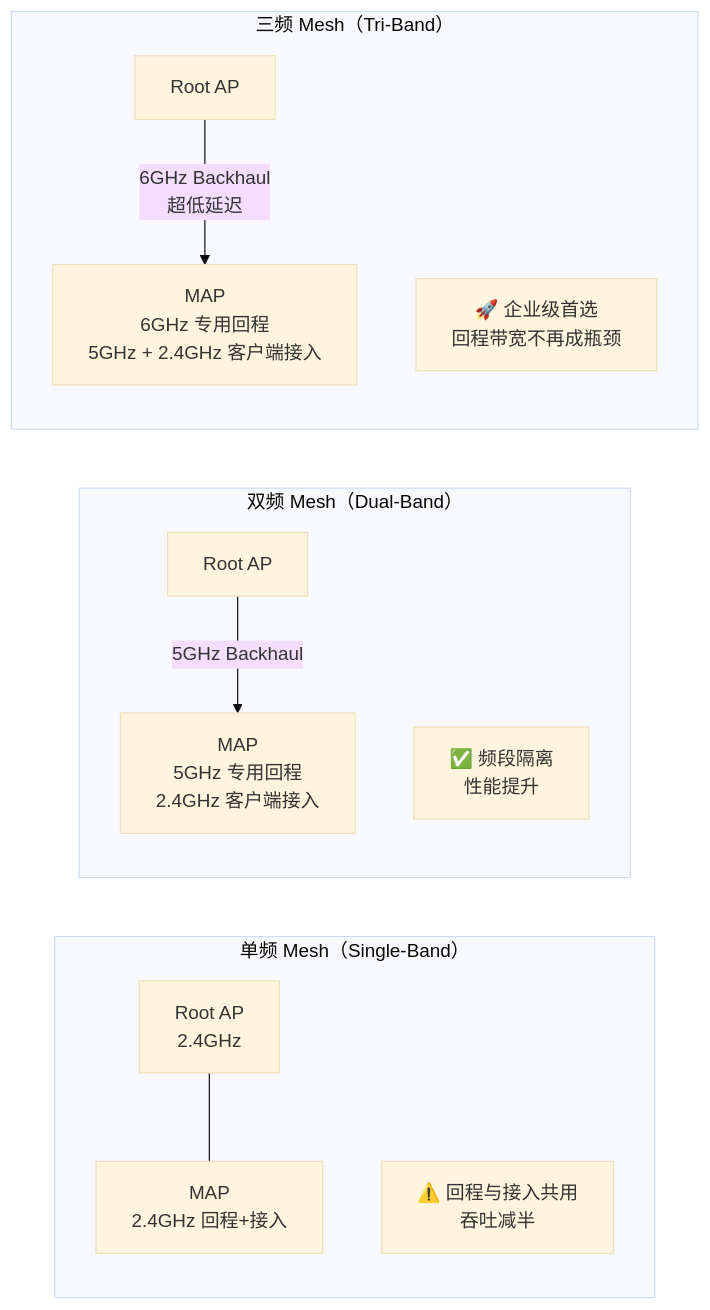
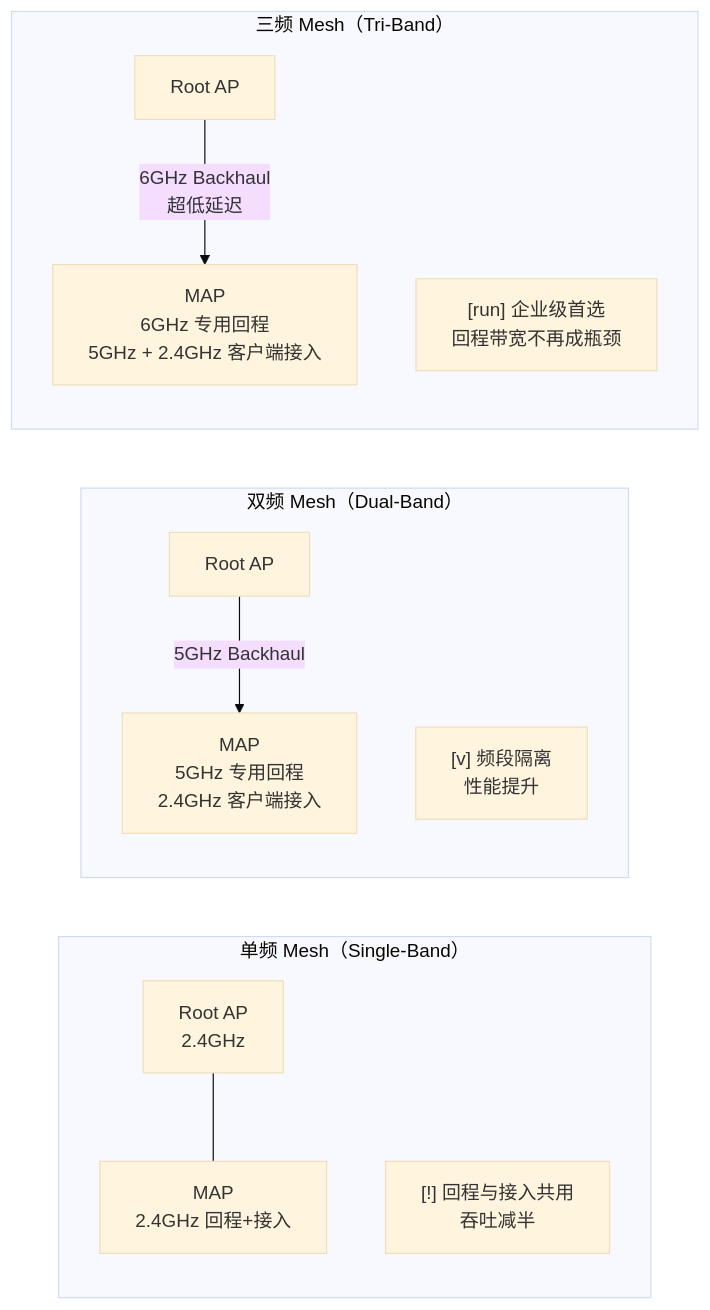
Before and after one commit to SKT-Shurima/NetworkMastery: the second of 5 diagrams in docs/guide/wireless/mesh-networking.md, drawn with Mermaid (base theme). The commit also changed other lines of this file and 54 other files, not shown here.

````diff
--- a/docs/guide/wireless/mesh-networking.md
+++ b/docs/guide/wireless/mesh-networking.md
@@ -82,26 +82,26 @@
 ```mermaid
 graph LR
     subgraph single["单频 Mesh（Single-Band）"]
         direction TB
         R1["Root AP<br/>2.4GHz"] 
         M1["MAP<br/>2.4GHz 回程+接入"]
         R1 --- M1
-        NOTE1["⚠️ 回程与接入共用<br/>吞吐减半"]
+        NOTE1["[!] 回程与接入共用<br/>吞吐减半"]
     end
 
     subgraph dual["双频 Mesh（Dual-Band）"]
         direction TB
         R2["Root AP"] 
         M2["MAP<br/>5GHz 专用回程<br/>2.4GHz 客户端接入"]
         R2 -->|"5GHz Backhaul"| M2
-        NOTE2["✅ 频段隔离<br/>性能提升"]
+        NOTE2["[v] 频段隔离<br/>性能提升"]
     end
 
     subgraph tri["三频 Mesh（Tri-Band）"]
         direction TB
         R3["Root AP"]
         M3["MAP<br/>6GHz 专用回程<br/>5GHz + 2.4GHz 客户端接入"]
         R3 -->|"6GHz Backhaul<br/>超低延迟"| M3
-        NOTE3["🚀 企业级首选<br/>回程带宽不再成瓶颈"]
+        NOTE3["[run] 企业级首选<br/>回程带宽不再成瓶颈"]
     end
 ```
````
